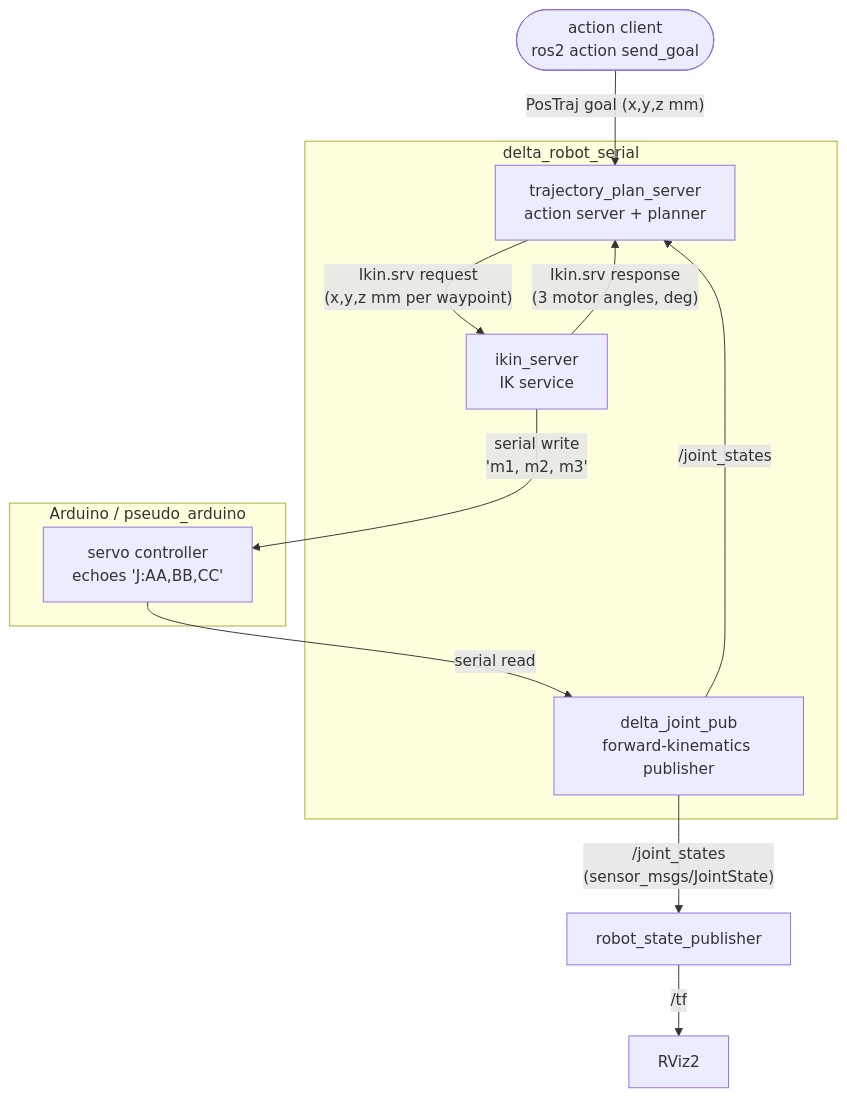
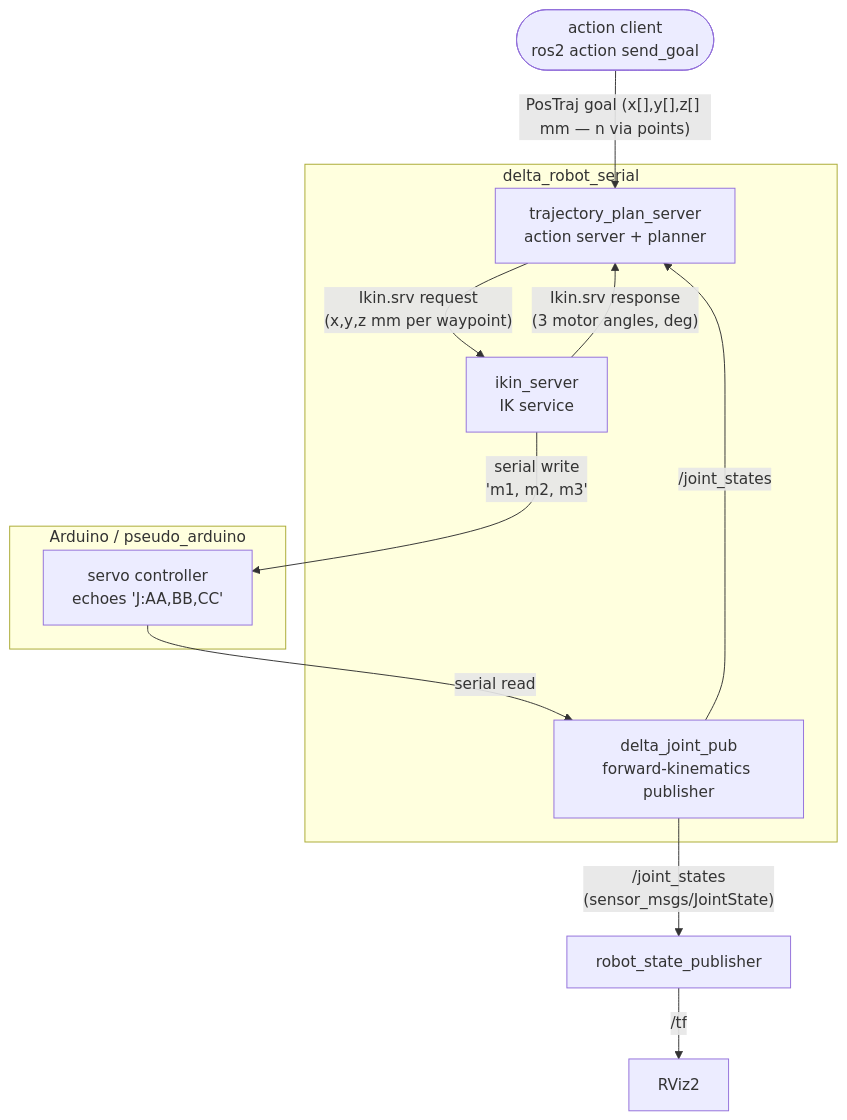
One commit to DrFlugS/Delta-Robot-ROS2 changed the diagram in DELTA_ROBOT_ARCHITECTURE.md. Above: the diagram before and after it, drawn with Mermaid. The commit also changed other lines of this file and 2656 other files, not shown here.

````diff
--- a/DELTA_ROBOT_ARCHITECTURE.md
+++ b/DELTA_ROBOT_ARCHITECTURE.md
@@ -40,23 +40,23 @@
 ```mermaid
 flowchart TD
-    client([action client<br/>ros2 action send_goal]) -->|"PosTraj goal (x,y,z mm)"| traj
+    client([action client<br/>ros2 action send_goal]) -->|"PosTraj goal (x[],y[],z[] mm — n via points)"| traj
 
     subgraph delta_robot_serial
         traj[trajectory_plan_server<br/>action server + planner]
         ikin[ikin_server<br/>IK service]
         pub[delta_joint_pub<br/>forward-kinematics publisher]
     end
 
     traj -->|"Ikin.srv request<br/>(x,y,z mm per waypoint)"| ikin
     ikin -->|"Ikin.srv response<br/>(3 motor angles, deg)"| traj
     ikin -->|"serial write<br/>'m1, m2, m3'"| arduino
 
     subgraph hardware [Arduino / pseudo_arduino]
         arduino[servo controller<br/>echoes 'J:AA,BB,CC']
     end
 
     arduino -->|"serial read"| pub
     pub -->|"/joint_states<br/>(sensor_msgs/JointState)"| rsp[robot_state_publisher]
     pub -->|"/joint_states"| traj
     rsp -->|"/tf"| rviz[RViz2]
 ```
````
